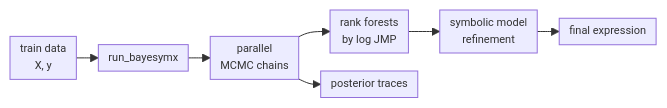
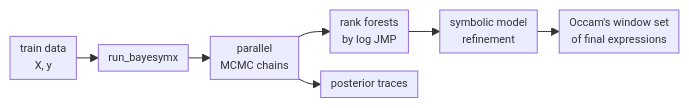
The second of 2 diagrams in README.md (Roy-SR-007/BayeSymX), drawn with Mermaid before and after one commit.

Commit message:
README Updates

````diff
--- a/README.md
+++ b/README.md
@@ -95,19 +95,19 @@
 ```mermaid
 %%{init: {
   "themeVariables": {
     "fontSize": "11px"
   },
   "flowchart": {
     "nodeSpacing": 18,
     "rankSpacing": 22,
     "padding": 5
   }
 }}%%
 flowchart LR
     A["train data<br/>X, y"] --> B["run_bayesymx"]
     B --> C["parallel<br/>MCMC chains"]
     C --> D["rank forests<br/>by log JMP"]
     D --> E["symbolic model<br/>refinement"]
-    E --> F["final expression"]
+    E --> F["Occam's window set<br/>of final expressions"]
     C --> G["posterior traces"]
 ```
````
